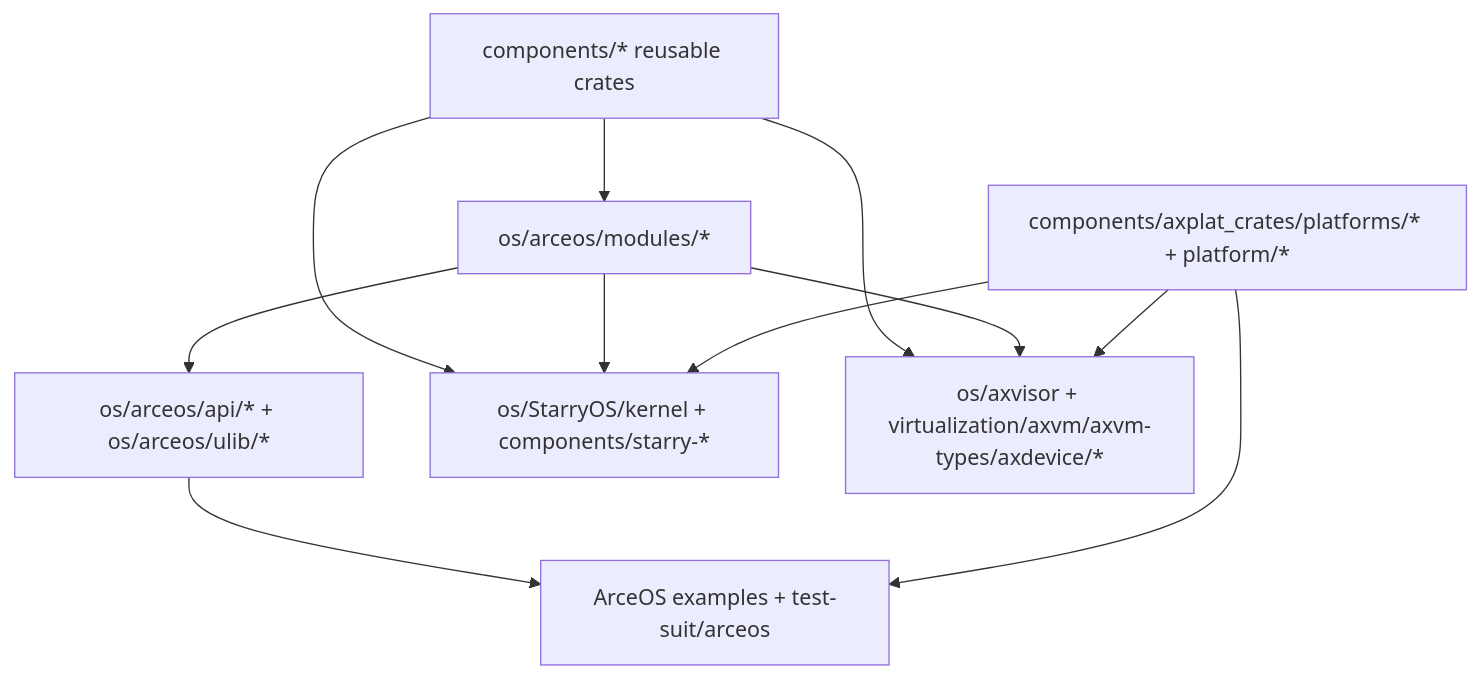
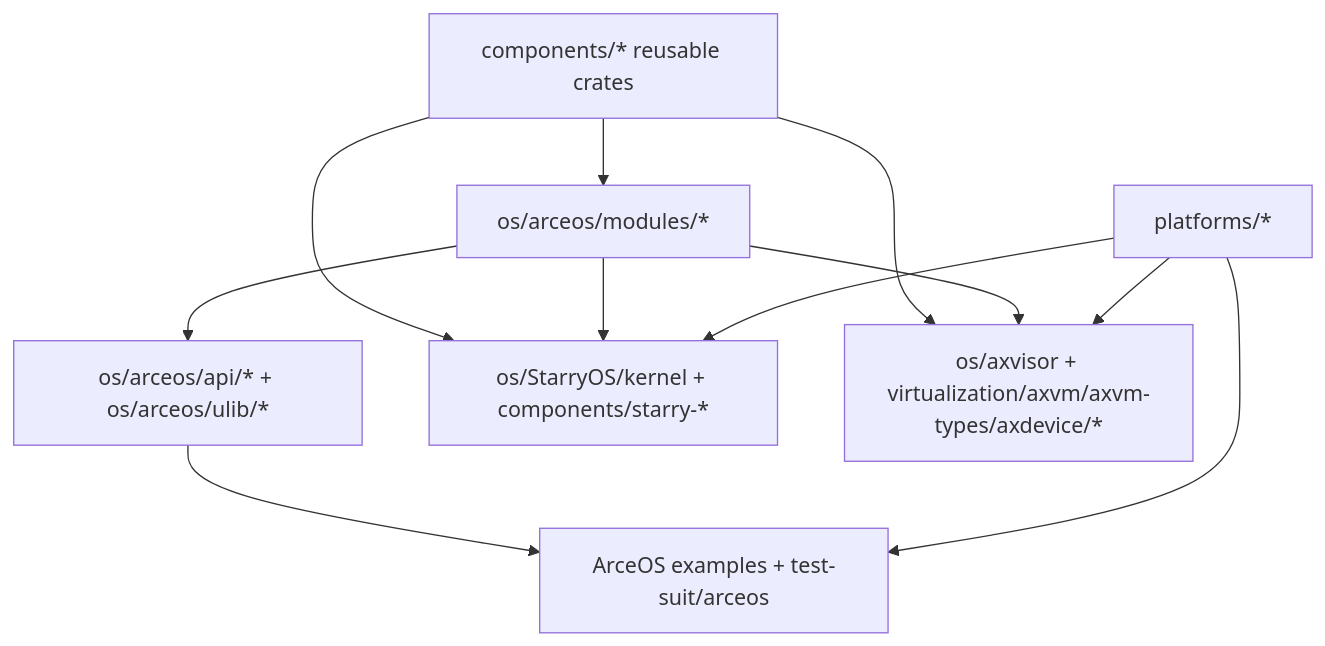
One commit to rcore-os/tgoskits changed the diagram in docs/docs/development/components.md. Above: the diagram before and after it, drawn with Mermaid. The commit also changed other lines of this file and 11 other files, not shown here.

Commit message:
docs(platforms): update references from platform/ to platforms/ across docs and skills

````diff
--- a/docs/docs/development/components.md
+++ b/docs/docs/development/components.md
@@ -35,21 +35,21 @@
 ```mermaid
 flowchart TD
     ReusableCrate["components/* reusable crates"]
     ArceosModules["os/arceos/modules/*"]
     ArceosApi["os/arceos/api/* + os/arceos/ulib/*"]
     ArceosApps["ArceOS examples + test-suit/arceos"]
     StarryKernel["os/StarryOS/kernel + components/starry-*"]
     AxvisorRuntime["os/axvisor + virtualization/axvm/axvm-types/axdevice/*"]
-    PlatformCrates["components/axplat_crates/platforms/* + platform/*"]
+    PlatformCrates["platforms/*"]
 
     ReusableCrate --> ArceosModules
     ArceosModules --> ArceosApi
     ArceosApi --> ArceosApps
     ReusableCrate --> StarryKernel
     ArceosModules --> StarryKernel
     ReusableCrate --> AxvisorRuntime
     ArceosModules --> AxvisorRuntime
     PlatformCrates --> ArceosApps
     PlatformCrates --> StarryKernel
     PlatformCrates --> AxvisorRuntime
 ```
````
